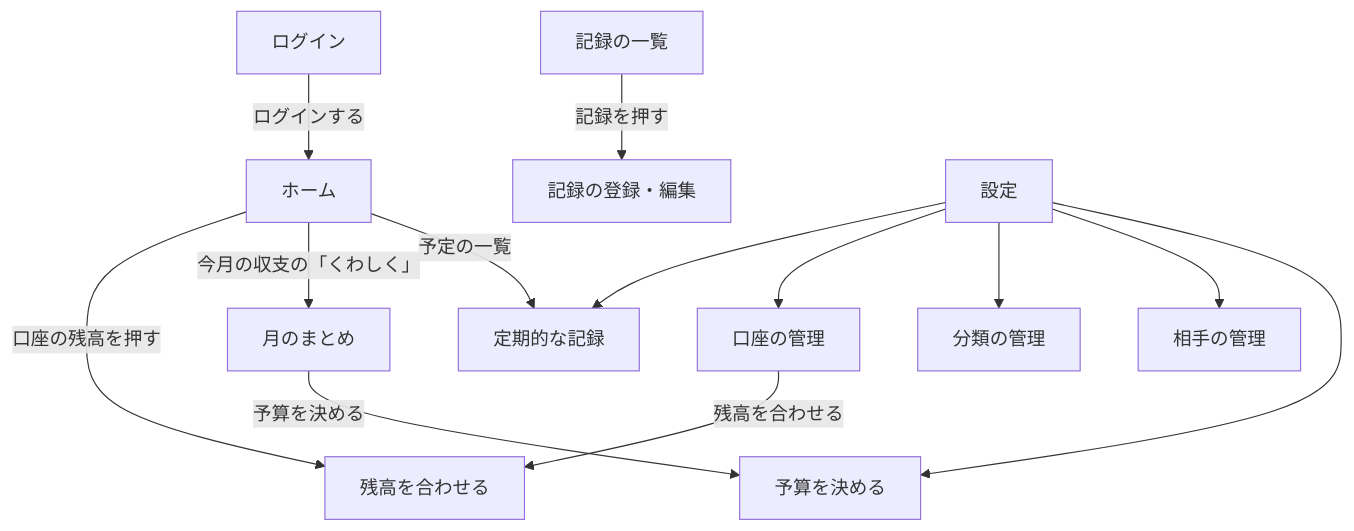
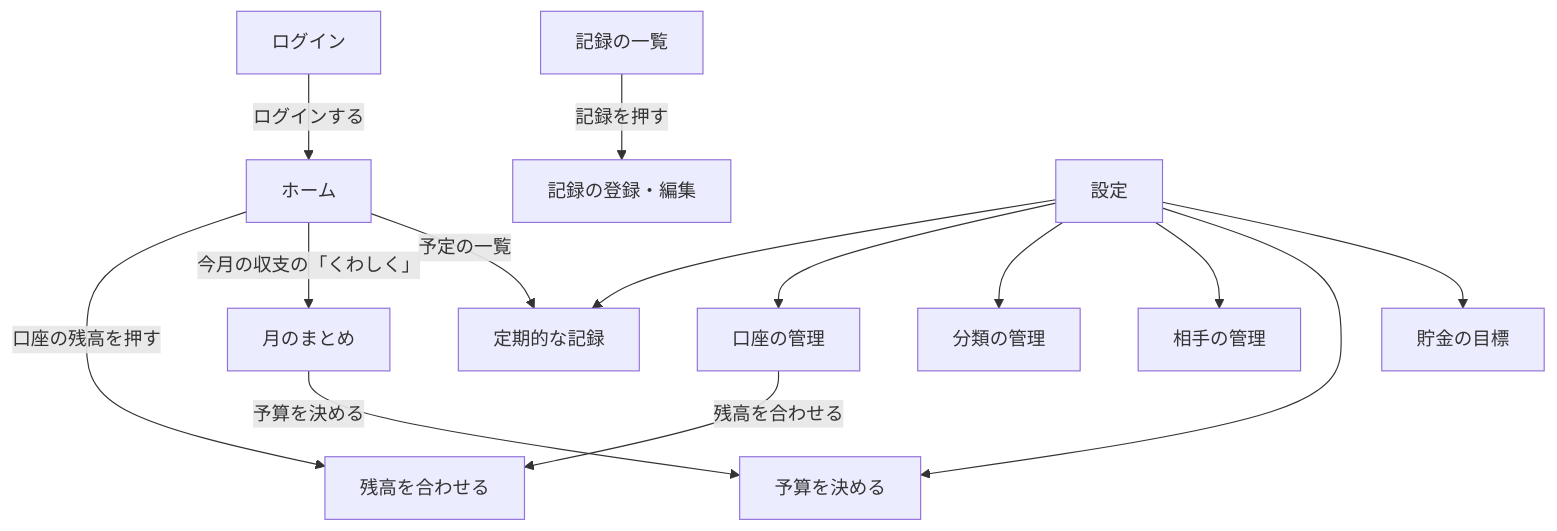
Before and after one commit to pirishiki/kakeibo-laravel: the diagram in 画面設計書.md, drawn with Mermaid. The commit also changed other lines of this file, not shown here.

````diff
--- a/画面設計書.md
+++ b/画面設計書.md
@@ -68,15 +69,16 @@
 ```mermaid
 flowchart TD
     login[ログイン] -->|ログインする| home[ホーム]
     home -->|口座の残高を押す| adjust[残高を合わせる]
     home -->|今月の収支の「くわしく」| summary[月のまとめ]
     home -->|予定の一覧| recurrings[定期的な記録]
     records[記録の一覧] -->|記録を押す| edit[記録の登録・編集]
     summary -->|予算を決める| budgets[予算を決める]
     settings[設定] --> recurrings
     settings --> accounts[口座の管理]
     settings --> categories[分類の管理]
     settings --> partners[相手の管理]
     settings --> budgets
+    settings --> goals[貯金の目標]
     accounts -->|残高を合わせる| adjust
 ```
````
